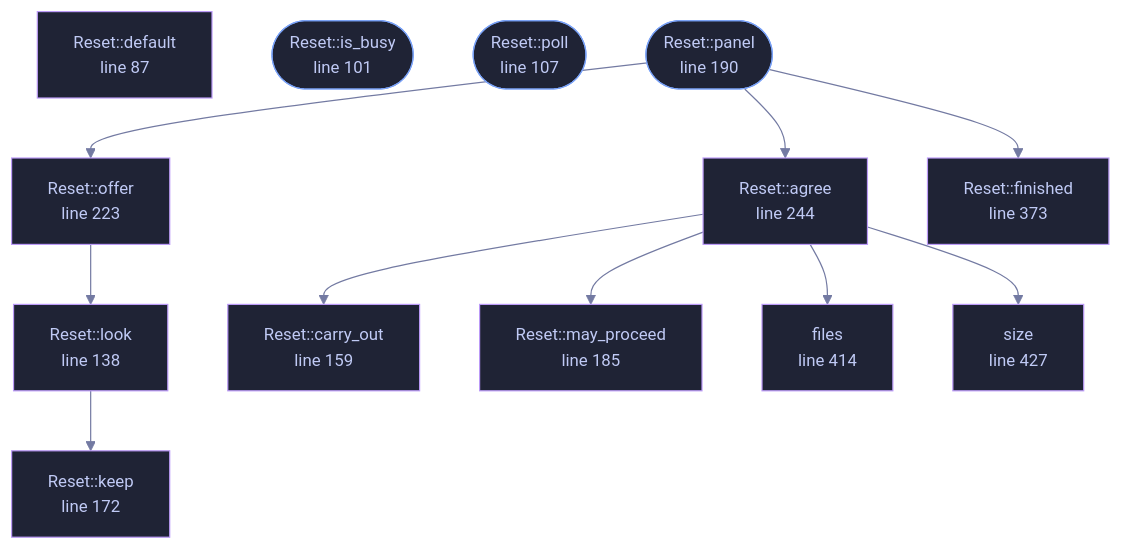
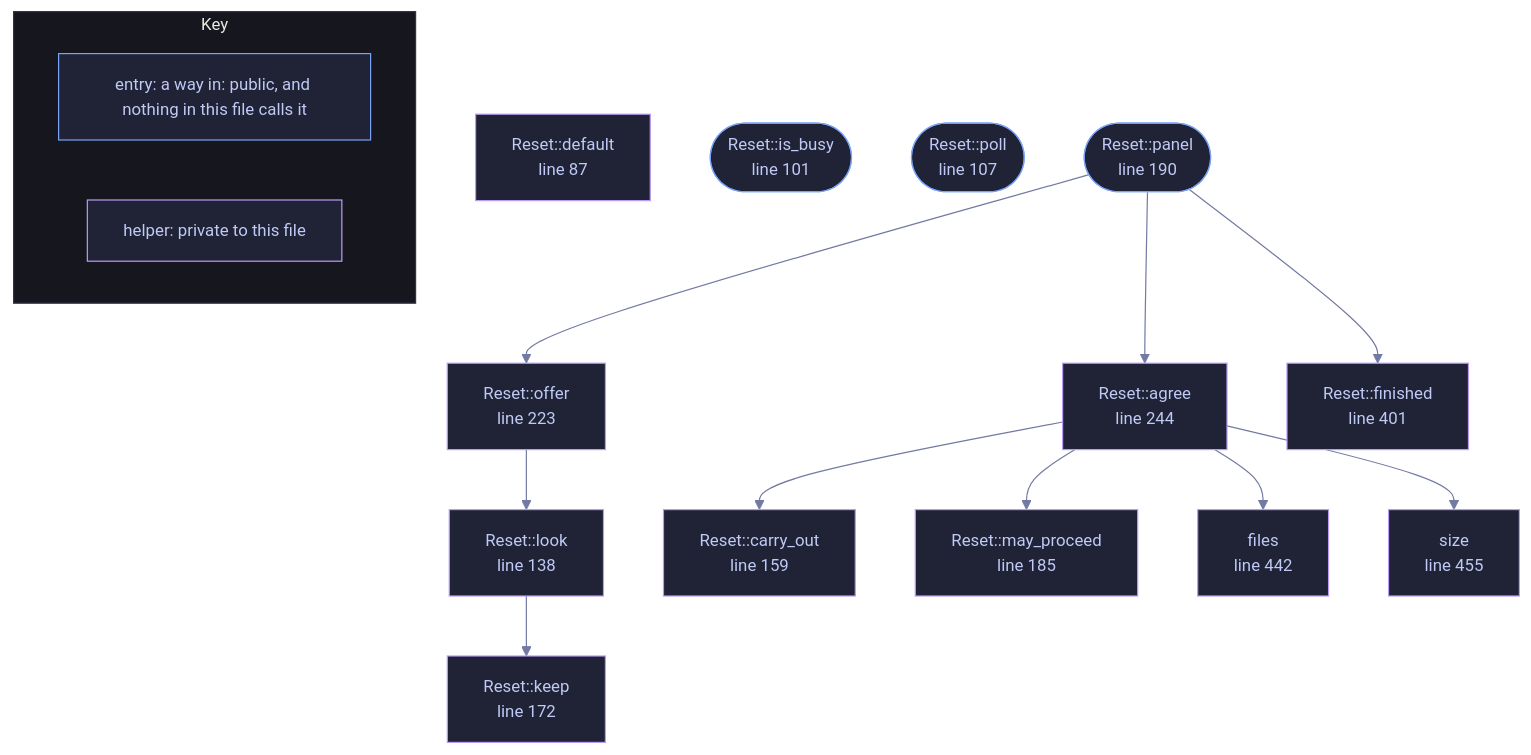
Before and after one commit to tilas01/veilvoice: the diagram in docs/files/veilvoice-gui/reset.md, drawn with Mermaid. The commit also changed other lines of this file and 1510 other files, not shown here.

First line of the commit message:
Regenerate the documentation, wiki, site, graphs and measured numbers

````diff
--- a/docs/files/veilvoice-gui/reset.md
+++ b/docs/files/veilvoice-gui/reset.md
@@ -97,43 +97,50 @@
 ```mermaid
 %%{init: {"theme":"base","themeVariables":{"background":"#1a1b26","primaryColor":"#1f2335","primaryTextColor":"#c0caf5","primaryBorderColor":"#7aa2f7","secondaryColor":"#16161e","tertiaryColor":"#16161e","lineColor":"#737aa2","textColor":"#c0caf5","mainBkg":"#1f2335","nodeBorder":"#7aa2f7","clusterBkg":"#16161e","clusterBorder":"#2f3549","fontFamily":"ui-monospace, SFMono-Regular, Consolas, monospace","fontSize":"14px"}}}%%
 flowchart TD
     n_default["Reset::default<br/>line 87"]
     n_is_busy(["Reset::is_busy<br/>line 101"])
     n_poll(["Reset::poll<br/>line 107"])
     n_look["Reset::look<br/>line 138"]
     n_carry_out["Reset::carry_out<br/>line 159"]
     n_keep["Reset::keep<br/>line 172"]
     n_may_proceed["Reset::may_proceed<br/>line 185"]
     n_panel(["Reset::panel<br/>line 190"])
     n_offer["Reset::offer<br/>line 223"]
     n_agree["Reset::agree<br/>line 244"]
-    n_finished["Reset::finished<br/>line 373"]
-    n_files["files<br/>line 414"]
-    n_size["size<br/>line 427"]
+    n_finished["Reset::finished<br/>line 401"]
+    n_files["files<br/>line 442"]
+    n_size["size<br/>line 455"]
     n_agree --> n_carry_out
     n_agree --> n_files
     n_agree --> n_may_proceed
     n_agree --> n_size
     n_look --> n_keep
     n_offer --> n_look
     n_panel --> n_agree
     n_panel --> n_finished
     n_panel --> n_offer
     click n_default href "https://github.com/tilas01/veilvoice/blob/main/crates/veilvoice-gui/src/reset.rs#L87" "open the source"
     click n_is_busy href "https://github.com/tilas01/veilvoice/blob/main/crates/veilvoice-gui/src/reset.rs#L101" "open the source"
     click n_poll href "https://github.com/tilas01/veilvoice/blob/main/crates/veilvoice-gui/src/reset.rs#L107" "open the source"
     click n_look href "https://github.com/tilas01/veilvoice/blob/main/crates/veilvoice-gui/src/reset.rs#L138" "open the source"
     click n_carry_out href "https://github.com/tilas01/veilvoice/blob/main/crates/veilvoice-gui/src/reset.rs#L159" "open the source"
     click n_keep href "https://github.com/tilas01/veilvoice/blob/main/crates/veilvoice-gui/src/reset.rs#L172" "open the source"
     click n_may_proceed href "https://github.com/tilas01/veilvoice/blob/main/crates/veilvoice-gui/src/reset.rs#L185" "open the source"
     click n_panel href "https://github.com/tilas01/veilvoice/blob/main/crates/veilvoice-gui/src/reset.rs#L190" "open the source"
     click n_offer href "https://github.com/tilas01/veilvoice/blob/main/crates/veilvoice-gui/src/reset.rs#L223" "open the source"
     click n_agree href "https://github.com/tilas01/veilvoice/blob/main/crates/veilvoice-gui/src/reset.rs#L244" "open the source"
-    click n_finished href "https://github.com/tilas01/veilvoice/blob/main/crates/veilvoice-gui/src/reset.rs#L373" "open the source"
-    click n_files href "https://github.com/tilas01/veilvoice/blob/main/crates/veilvoice-gui/src/reset.rs#L414" "open the source"
-    click n_size href "https://github.com/tilas01/veilvoice/blob/main/crates/veilvoice-gui/src/reset.rs#L427" "open the source"
+    click n_finished href "https://github.com/tilas01/veilvoice/blob/main/crates/veilvoice-gui/src/reset.rs#L401" "open the source"
+    click n_files href "https://github.com/tilas01/veilvoice/blob/main/crates/veilvoice-gui/src/reset.rs#L442" "open the source"
+    click n_size href "https://github.com/tilas01/veilvoice/blob/main/crates/veilvoice-gui/src/reset.rs#L455" "open the source"
     classDef entry fill:#1f2335,stroke:#7aa2f7,color:#c0caf5
     class n_is_busy,n_poll,n_panel entry
     classDef helper fill:#1f2335,stroke:#bb9af7,color:#c0caf5
     class n_default,n_look,n_carry_out,n_keep,n_may_proceed,n_offer,n_agree,n_finished,n_files,n_size helper
+    subgraph chart_key ["Key"]
+        direction LR
+        key_entry["entry: a way in: public, and nothing in this file calls it"]
+        key_helper["helper: private to this file"]
+    end
+    class key_entry entry
+    class key_helper helper
 ```
````
